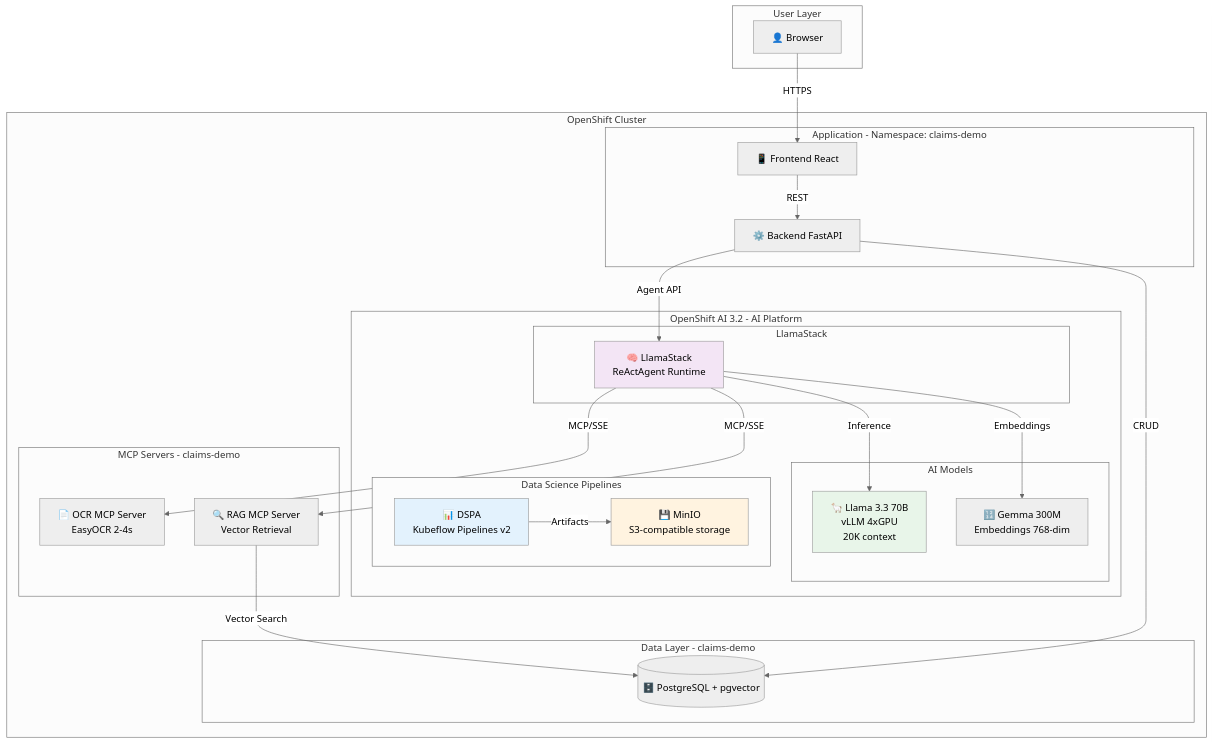
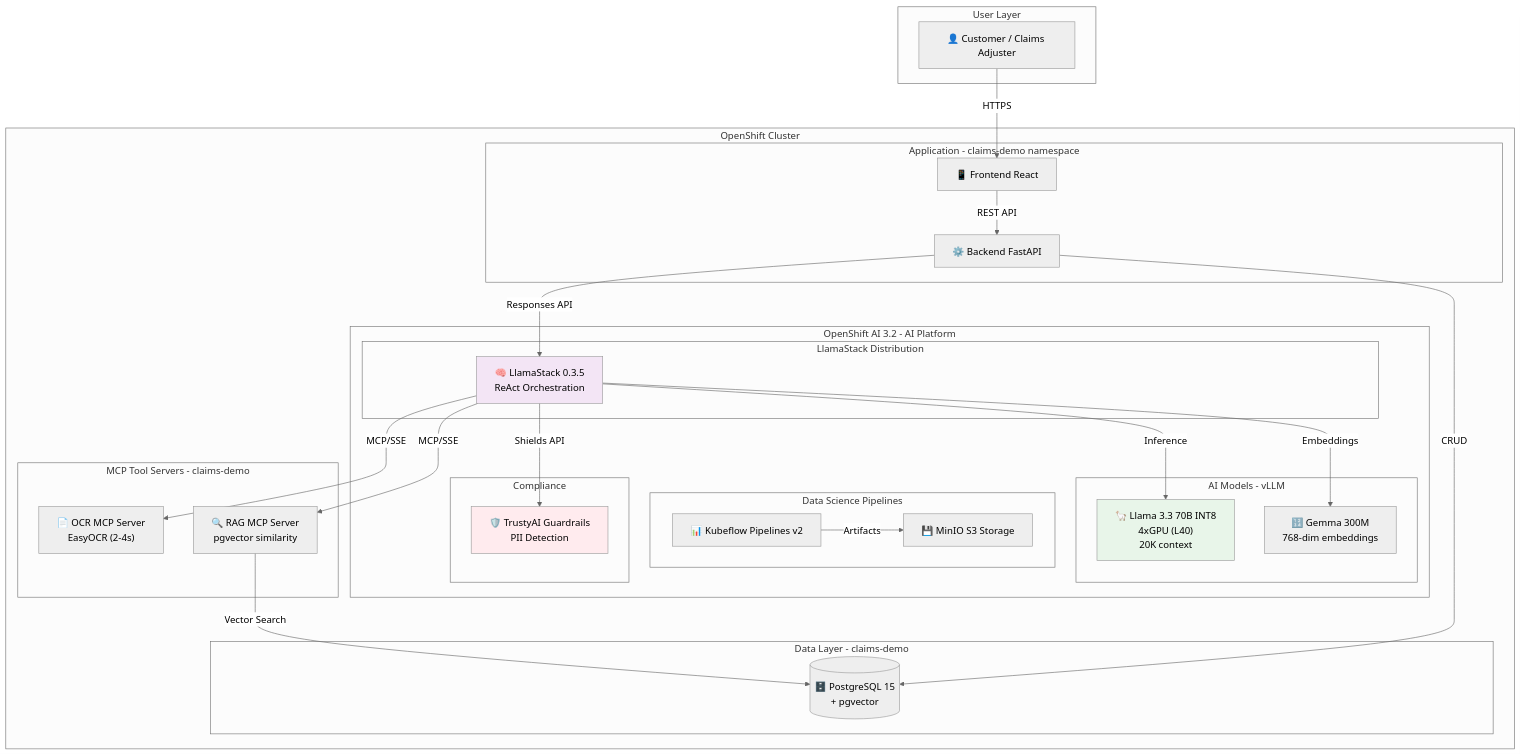
The diagram in README.md (mouachan/agentic-claim-demo), drawn with Mermaid (neutral theme) before and after one commit. The commit also changed other lines of this file and 80 other files, not shown here.

````diff
--- a/README.md
+++ b/README.md
@@ -43,54 +153,58 @@
 ```mermaid
 graph TB
     subgraph "User Layer"
-        U[👤 Browser]
+        U[👤 Customer / Claims Adjuster]
     end
 
     subgraph "OpenShift Cluster"
-        subgraph "Application - Namespace: claims-demo"
+        subgraph "Application - claims-demo namespace"
             F[📱 Frontend React]
             B[⚙️ Backend FastAPI]
         end
 
         subgraph "OpenShift AI 3.2 - AI Platform"
-            subgraph "LlamaStack"
-                LS[🧠 LlamaStack<br/>ReActAgent Runtime]
+            subgraph "LlamaStack Distribution"
+                LS[🧠 LlamaStack 0.3.5<br/>ReAct Orchestration]
             end
 
-            subgraph "AI Models"
-                LLM["🦙 Llama 3.3 70B<br/>vLLM 4xGPU<br/>20K context"]
-                EMB["🔢 Gemma 300M<br/>Embeddings 768-dim"]
+            subgraph "AI Models - vLLM"
+                LLM["🦙 Llama 3.3 70B INT8<br/>4xGPU (L40)<br/>20K context"]
+                EMB["🔢 Gemma 300M<br/>768-dim embeddings"]
             end
 
             subgraph "Data Science Pipelines"
-                DSPA["📊 DSPA<br/>Kubeflow Pipelines v2"]
-                MINIO["💾 MinIO<br/>S3-compatible storage"]
+                DSPA["📊 Kubeflow Pipelines v2"]
+                MINIO["💾 MinIO S3 Storage"]
+            end
+
+            subgraph "Compliance"
+                GR["🛡️ TrustyAI Guardrails<br/>PII Detection"]
             end
         end
 
-        subgraph "MCP Servers - claims-demo"
-            OCR["📄 OCR MCP Server<br/>EasyOCR 2-4s"]
-            RAG["🔍 RAG MCP Server<br/>Vector Retrieval"]
+        subgraph "MCP Tool Servers - claims-demo"
+            OCR["📄 OCR MCP Server<br/>EasyOCR (2-4s)"]
+            RAG["🔍 RAG MCP Server<br/>pgvector similarity"]
         end
 
         subgraph "Data Layer - claims-demo"
-            DB[(🗄️ PostgreSQL + pgvector)]
+            DB[(🗄️ PostgreSQL 15<br/>+ pgvector)]
         end
     end
 
     U -->|HTTPS| F
-    F -->|REST| B
-    B -->|Agent API| LS
+    F -->|REST API| B
+    B -->|Responses API| LS
     LS -->|Inference| LLM
     LS -->|Embeddings| EMB
     LS -->|MCP/SSE| OCR
     LS -->|MCP/SSE| RAG
+    LS -->|Shields API| GR
     RAG -->|Vector Search| DB
     B -->|CRUD| DB
     DSPA -->|Artifacts| MINIO
 
     style LS fill:#f3e5f5
     style LLM fill:#e8f5e9
-    style DSPA fill:#e3f2fd
-    style MINIO fill:#fff3e0
+    style GR fill:#ffebee
 ```
````
